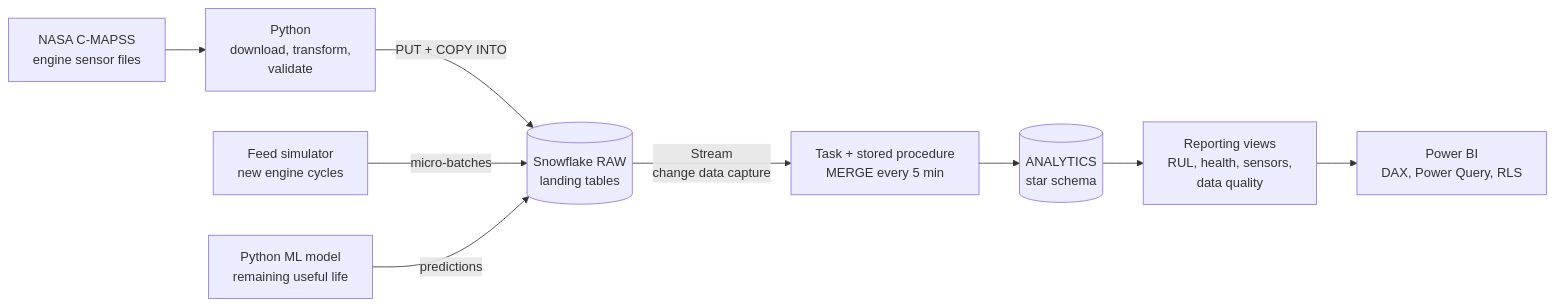
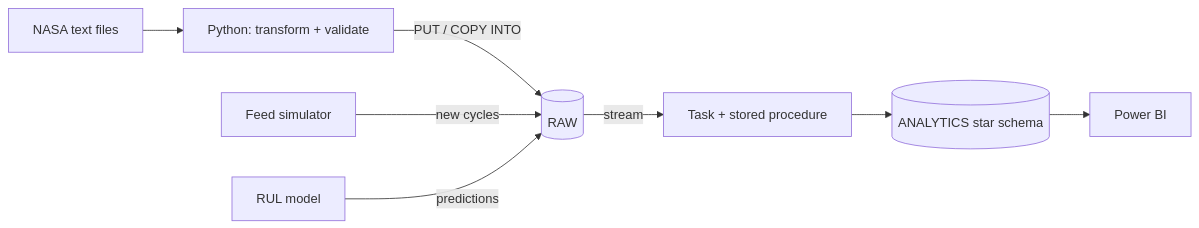
Before and after one commit to SabaTamizi-eng/aircraft-engine-maintenance-analytics: the diagram in README.md, drawn with Mermaid. The commit also changed other lines of this file and 25 other files, not shown here.

Commit message:
Tidy comments and docs, rename Power Query files

````diff
--- a/README.md
+++ b/README.md
@@ -34,11 +13,10 @@
 ```mermaid
 flowchart LR
-    A[NASA C-MAPSS<br/>engine sensor files] --> B[Python<br/>download, transform,<br/>validate]
-    B -->|PUT + COPY INTO| C[(Snowflake RAW<br/>landing tables)]
-    S[Feed simulator<br/>new engine cycles] -->|micro-batches| C
-    C -->|Stream<br/>change data capture| D[Task + stored procedure<br/>MERGE every 5 min]
-    D --> E[(ANALYTICS<br/>star schema)]
-    M[Python ML model<br/>remaining useful life] -->|predictions| C
-    E --> F[Reporting views<br/>RUL, health, sensors,<br/>data quality]
-    F --> G[Power BI<br/>DAX, Power Query, RLS]
+    A[NASA text files] --> B[Python: transform + validate]
+    B -->|PUT / COPY INTO| C[(RAW)]
+    S[Feed simulator] -->|new cycles| C
+    C -->|stream| D[Task + stored procedure]
+    D --> E[(ANALYTICS star schema)]
+    M[RUL model] -->|predictions| C
+    E --> F[Power BI]
 ```
````
